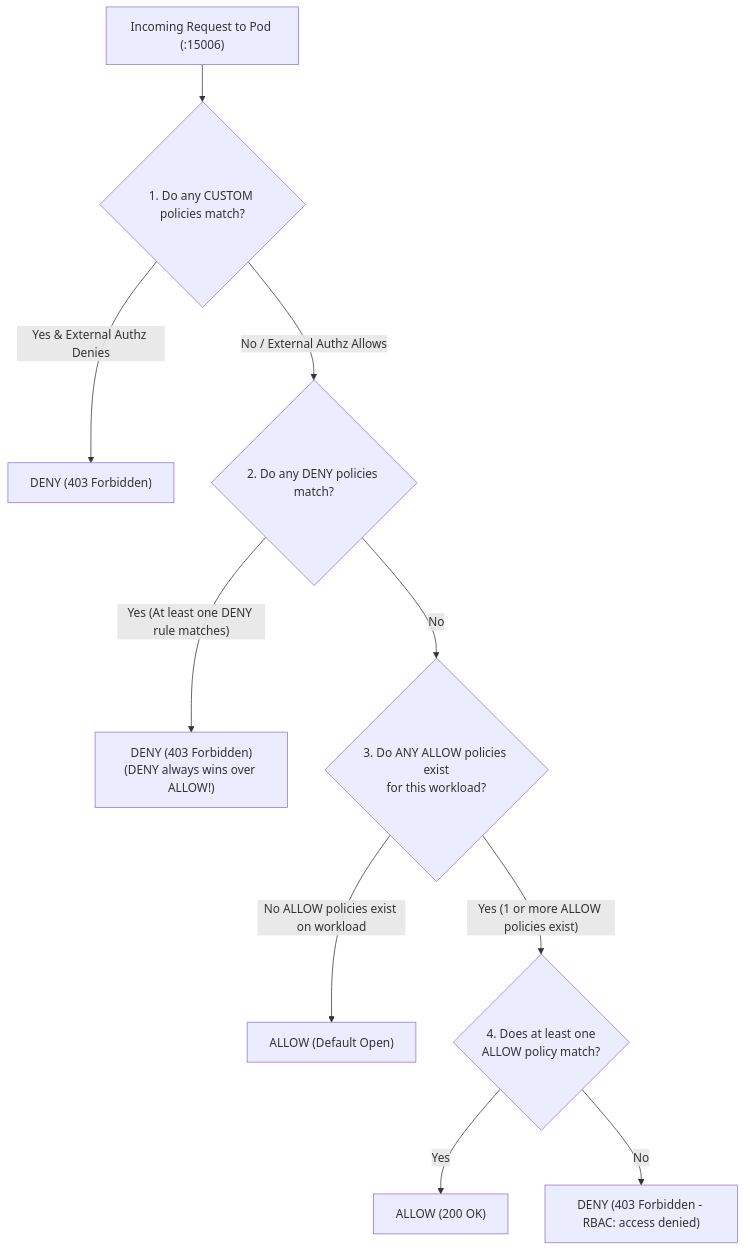
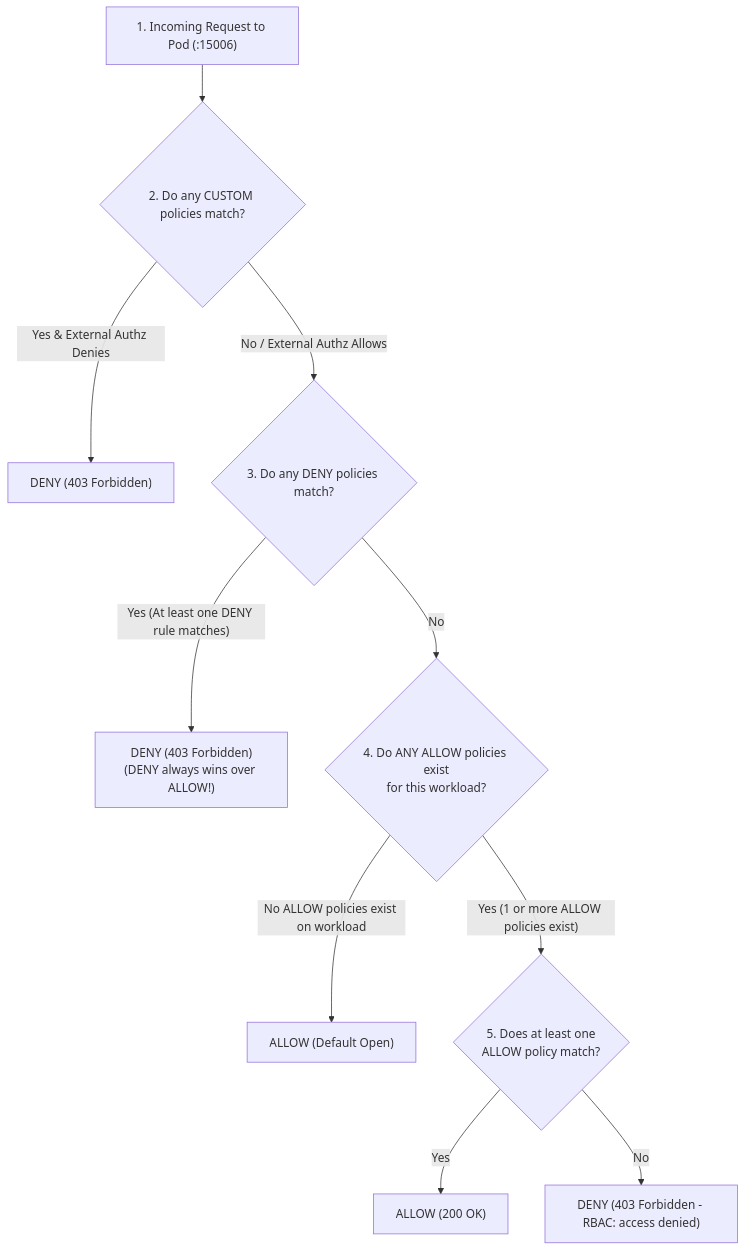
Before and after one commit to chan3845/Istio: the second of 2 diagrams in 04-security-mtls-and-authz/README.md, drawn with Mermaid. The commit also changed other lines of this file and 56 other files, not shown here.

````diff
--- a/04-security-mtls-and-authz/README.md
+++ b/04-security-mtls-and-authz/README.md
@@ -139,15 +98,15 @@
 ```mermaid
 flowchart TD
-    Req["Incoming Request to Pod (:15006)"] --> Step1{"1. Do any CUSTOM policies match?"}
+    Req["1. Incoming Request to Pod (:15006)"] --> Step1{"2. Do any CUSTOM policies match?"}
     Step1 -->|"Yes & External Authz Denies"| Deny1["DENY (403 Forbidden)"]
-    Step1 -->|"No / External Authz Allows"| Step2{"2. Do any DENY policies match?"}
+    Step1 -->|"No / External Authz Allows"| Step2{"3. Do any DENY policies match?"}
     
     Step2 -->|"Yes (At least one DENY rule matches)"| Deny2["DENY (403 Forbidden)<br/>(DENY always wins over ALLOW!)"]
-    Step2 -->|"No"| Step3{"3. Do ANY ALLOW policies exist<br/>for this workload?"}
+    Step2 -->|"No"| Step3{"4. Do ANY ALLOW policies exist<br/>for this workload?"}
     
     Step3 -->|"No ALLOW policies exist on workload"| AllowDefault["ALLOW (Default Open)"]
-    Step3 -->|"Yes (1 or more ALLOW policies exist)"| Step4{"4. Does at least one<br/>ALLOW policy match?"}
+    Step3 -->|"Yes (1 or more ALLOW policies exist)"| Step4{"5. Does at least one<br/>ALLOW policy match?"}
     
     Step4 -->|"Yes"| AllowExplicit["ALLOW (200 OK)"]
     Step4 -->|"No"| DenyImplicit["DENY (403 Forbidden - RBAC: access denied)"]
 ```
````
